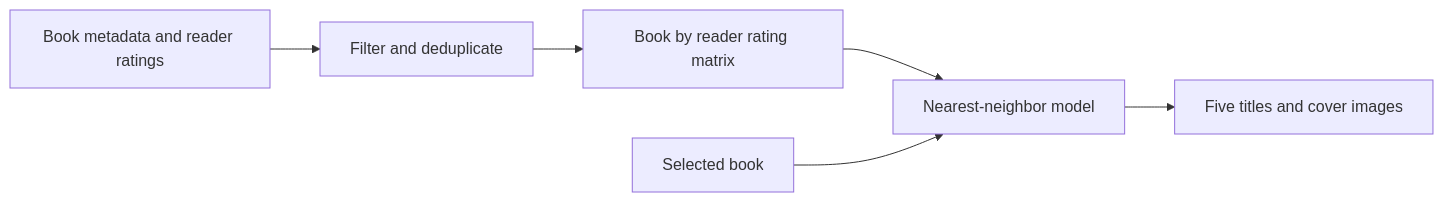
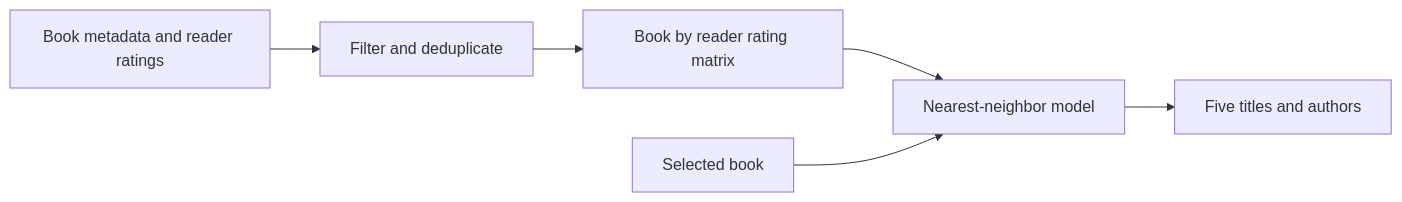
One commit to vams2krish/ML-Book-Recommendation-System changed the diagram in README.md. Above: the diagram before and after it, drawn with Mermaid. The commit also changed other lines of this file and 11 other files, not shown here.

````diff
--- a/README.md
+++ b/README.md
@@ -41,8 +49,8 @@
 ```mermaid
 flowchart LR
     A[Book metadata and reader ratings] --> B[Filter and deduplicate]
     B --> C[Book by reader rating matrix]
     C --> D[Nearest-neighbor model]
     E[Selected book] --> D
-    D --> F[Five titles and cover images]
+    D --> F[Five titles and authors]
 ```
````
